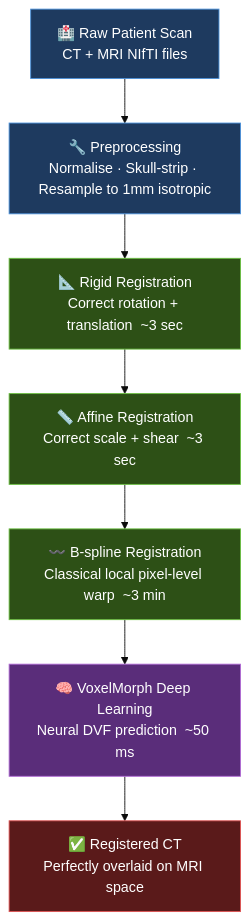
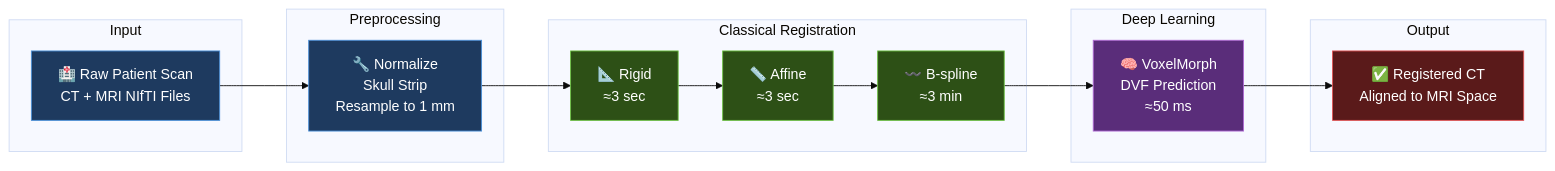
One commit to SHREESHANTH99/DeepMedAlign changed the first of 3 diagrams in README.md. Above: the diagram before and after it, drawn with Mermaid (base theme).

Commit message:
docs: update pipeline flowchart with subgroup layout

````diff
--- a/README.md
+++ b/README.md
@@ -13,17 +13,35 @@
 ```mermaid
-flowchart TD
-    A["🏥 Raw Patient Scan\nCT + MRI NIfTI files"] --> B["🔧 Preprocessing\nNormalise · Skull-strip · Resample to 1mm isotropic"]
-    B --> C["📐 Rigid Registration\nCorrect rotation + translation  ~3 sec"]
-    C --> D["📏 Affine Registration\nCorrect scale + shear  ~3 sec"]
-    D --> E["〰️ B-spline Registration\nClassical local pixel-level warp  ~3 min"]
-    E --> F["🧠 VoxelMorph Deep Learning\nNeural DVF prediction  ~50 ms"]
-    F --> G["✅ Registered CT\nPerfectly overlaid on MRI space"]
+flowchart LR
 
-    style A fill:#1e3a5f,color:#fff,stroke:#4a90d9
-    style B fill:#1e3a5f,color:#fff,stroke:#4a90d9
-    style C fill:#2d5016,color:#fff,stroke:#6abf40
-    style D fill:#2d5016,color:#fff,stroke:#6abf40
-    style E fill:#2d5016,color:#fff,stroke:#6abf40
-    style F fill:#5a2d7a,color:#fff,stroke:#b06ad4
-    style G fill:#5a1a1a,color:#fff,stroke:#e05252
+subgraph INPUT["Input"]
+A["🏥 Raw Patient Scan<br/>CT + MRI NIfTI Files"]
+end
+
+subgraph PRE["Preprocessing"]
+B["🔧 Normalize<br/>Skull Strip<br/>Resample to 1 mm"]
+end
+
+subgraph REG["Classical Registration"]
+C["📐 Rigid<br/>≈3 sec"]
+D["📏 Affine<br/>≈3 sec"]
+E["〰️ B-spline<br/>≈3 min"]
+end
+
+subgraph DL["Deep Learning"]
+F["🧠 VoxelMorph<br/>DVF Prediction<br/>≈50 ms"]
+end
+
+subgraph OUT["Output"]
+G["✅ Registered CT<br/>Aligned to MRI Space"]
+end
+
+A --> B --> C --> D --> E --> F --> G
+
+style A fill:#1e3a5f,color:#fff,stroke:#4a90d9
+style B fill:#1e3a5f,color:#fff,stroke:#4a90d9
+style C fill:#2d5016,color:#fff,stroke:#6abf40
+style D fill:#2d5016,color:#fff,stroke:#6abf40
+style E fill:#2d5016,color:#fff,stroke:#6abf40
+style F fill:#5a2d7a,color:#fff,stroke:#b06ad4
+style G fill:#5a1a1a,color:#fff,stroke:#e05252
 ```
````
